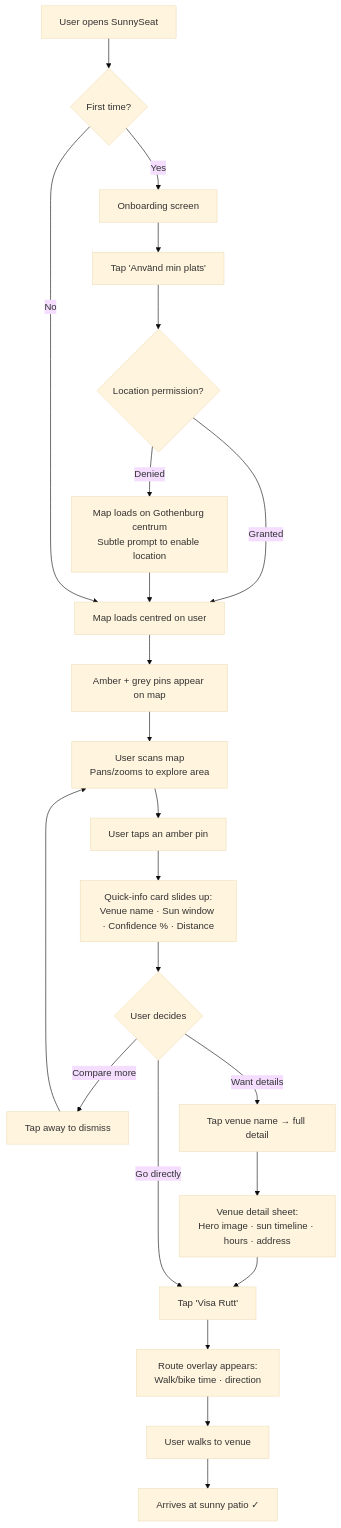
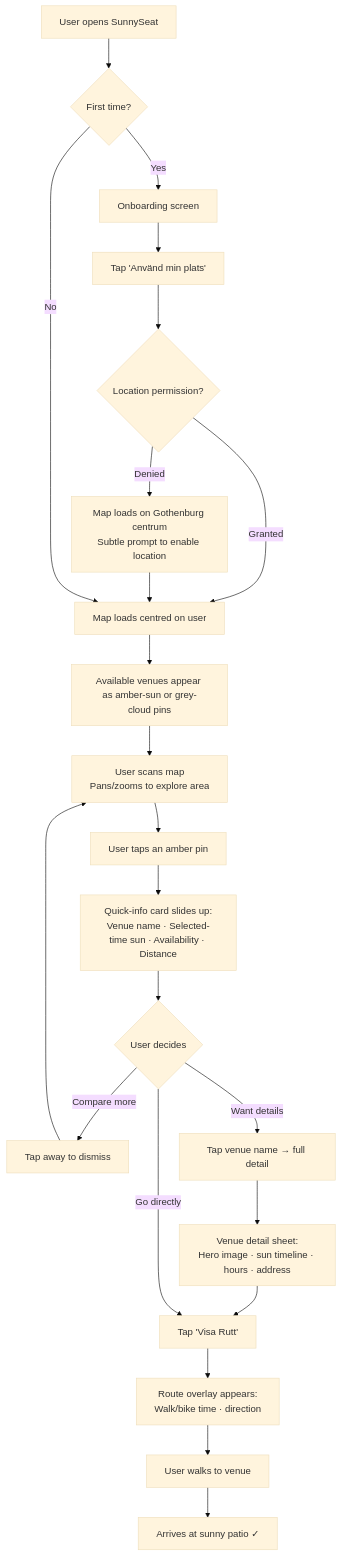
The first of 3 diagrams in _bmad-output/planning-artifacts/ux-design-specification.md (rthunborg/sunnyseat), drawn with Mermaid (base theme) before and after one commit. The commit also changed other lines of this file and 11 other files, not shown here.

````diff
--- a/_bmad-output/planning-artifacts/ux-design-specification.md
+++ b/_bmad-output/planning-artifacts/ux-design-specification.md
@@ -221,29 +228,29 @@
 ```mermaid
 flowchart TD
     A[User opens SunnySeat] --> B{First time?}
     B -->|Yes| C[Onboarding screen]
     C --> D["Tap 'Använd min plats'"]
     D --> E{Location permission?}
     E -->|Granted| F[Map loads centred on user]
     E -->|Denied| G[Map loads on Gothenburg centrum\nSubtle prompt to enable location]
     G --> F
     B -->|No| F
 
-    F --> H[Amber + grey pins appear on map]
+    F --> H[Available venues appear as amber-sun or grey-cloud pins]
     H --> I[User scans map\nPans/zooms to explore area]
 
     I --> J[User taps an amber pin]
-    J --> K[Quick-info card slides up:\nVenue name · Sun window · Confidence % · Distance]
+    J --> K[Quick-info card slides up:\nVenue name · Selected-time sun · Availability · Distance]
 
     K --> L{User decides}
     L -->|Compare more| M[Tap away to dismiss]
     M --> I
     L -->|Want details| N[Tap venue name → full detail]
     N --> O[Venue detail sheet:\nHero image · sun timeline · hours · address]
     O --> P["Tap 'Visa Rutt'"]
     L -->|Go directly| P
 
     P --> Q[Route overlay appears:\nWalk/bike time · direction]
     Q --> R[User walks to venue]
     R --> S[Arrives at sunny patio ✓]
 ```
````
